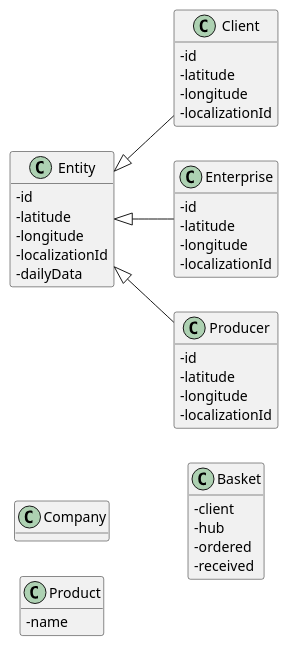
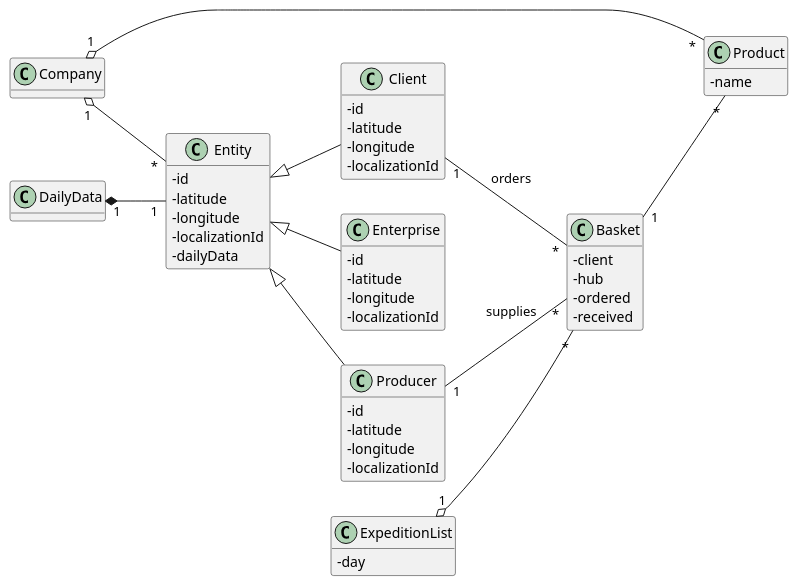
One commit to miseEnPlace-dev/lapr3 changed the diagram in docs/DM.puml. Above: the diagram before and after it, drawn with PlantUML. The commit also changed 2 other files, not shown here.

```diff
--- a/docs/DM.puml
+++ b/docs/DM.puml
@@ -1,56 +1,71 @@
 @startuml DM
 
 hide methods
 left to right direction
 skinparam classAttributeIconSize 0
 
 class Company {
 }
 
 class Entity {
   - id
   - latitude
   - longitude
   - localizationId
   - dailyData
 }
 
 class Client {
   - id
   - latitude
   - longitude
   - localizationId
 }
 
 class Enterprise {
   - id
   - latitude
   - longitude
   - localizationId
 }
 
 class Producer {
   - id
   - latitude
   - longitude
   - localizationId
 }
 
 class Product {
   - name
 }
 
 class Basket {
   - client
   - hub
   - ordered
   - received
 }
 
+class ExpeditionList {
+  - day
+}
+
+class DailyData {}
+
+ExpeditionList "1" o-- "*" Basket
+DailyData "1" *-- "1" Entity
+
+Company "1" o-- "*" Entity
+Company "1" o-- "*" Product
+
+Producer "1" -- "*" Basket : supplies
+Client "1" -- "*" Basket : orders
+
+Basket "1" -- "*" Product
 
 Entity <|-- Client
 Entity <|-- Enterprise
 Entity <|-- Producer
 
-
 @enduml
```
